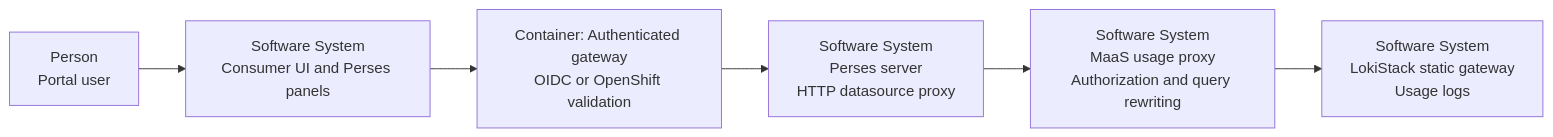
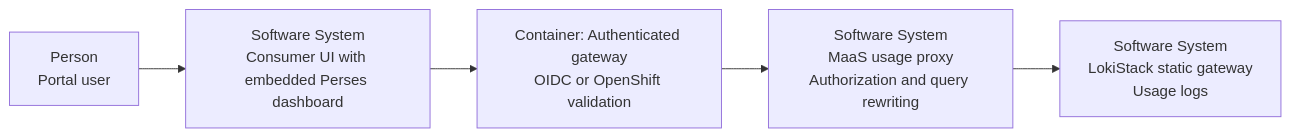
The first of 3 diagrams in architecture-decision-records/model-serving/ODH-ADR-MS-0009-maas-usage-dashboard-oidc-authorization-and-data-scoping.md (opendatahub-io/architecture-decision-records), drawn with Mermaid before and after one commit. The commit also changed other lines of this file, not shown here.

Commit message:
Update diagram for clarity and address review comments.

````diff
--- a/architecture-decision-records/model-serving/ODH-ADR-MS-0009-maas-usage-dashboard-oidc-authorization-and-data-scoping.md
+++ b/architecture-decision-records/model-serving/ODH-ADR-MS-0009-maas-usage-dashboard-oidc-authorization-and-data-scoping.md
@@ -94,15 +102,13 @@
 ```mermaid
 flowchart LR
   user["Person<br/>Portal user"]
-  ui["Software System<br/>Consumer UI and Perses panels"]
+  ui["Software System<br/>Consumer UI with embedded Perses dashboard"]
   gateway["Container: Authenticated gateway<br/>OIDC or OpenShift validation"]
-  perses["Software System<br/>Perses server<br/>HTTP datasource proxy"]
   usage["Software System<br/>MaaS usage proxy<br/>Authorization and query rewriting"]
   loki["Software System<br/>LokiStack static gateway<br/>Usage logs"]
 
   user --> ui
   ui --> gateway
-  gateway --> perses
-  perses --> usage
+  gateway --> usage
   usage --> loki
 ```
````
